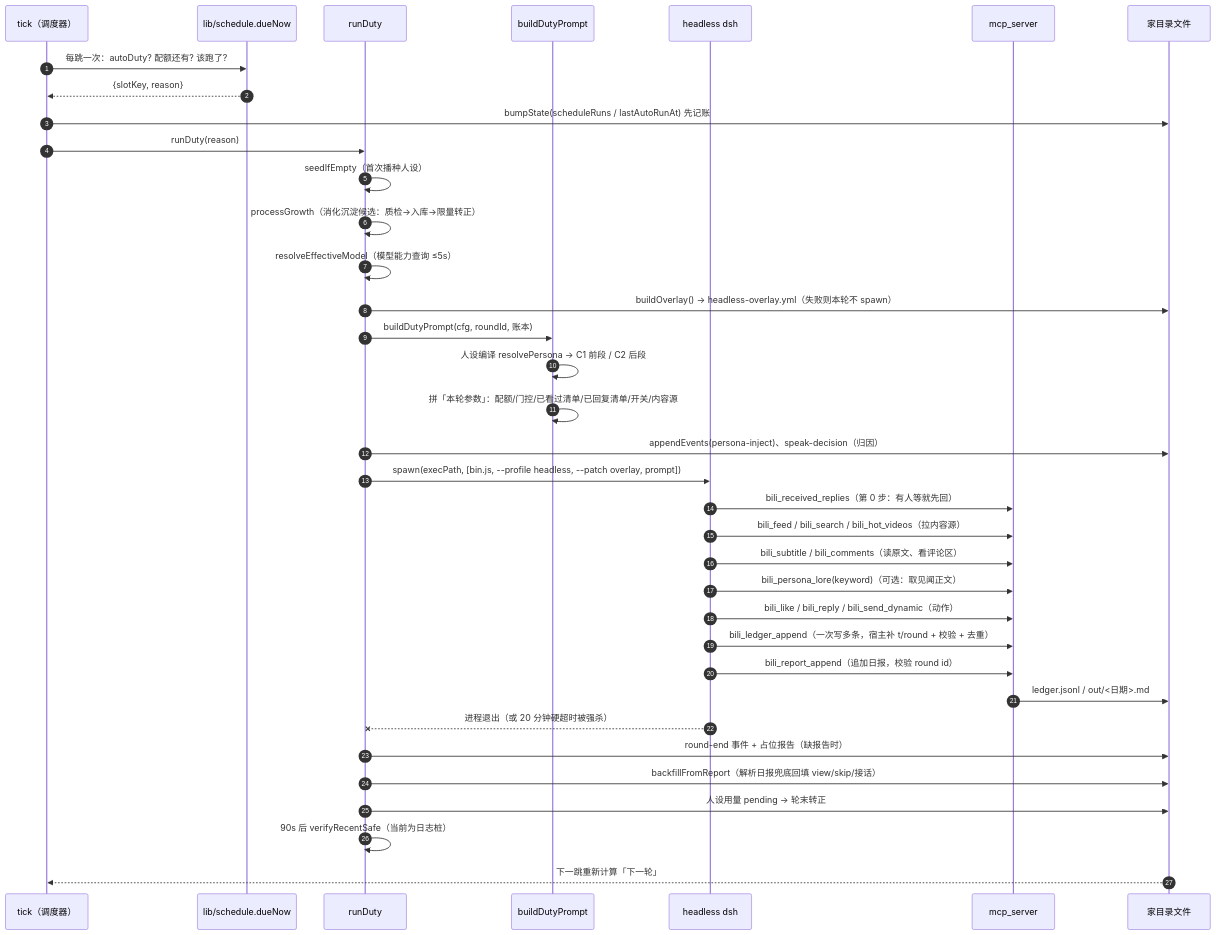
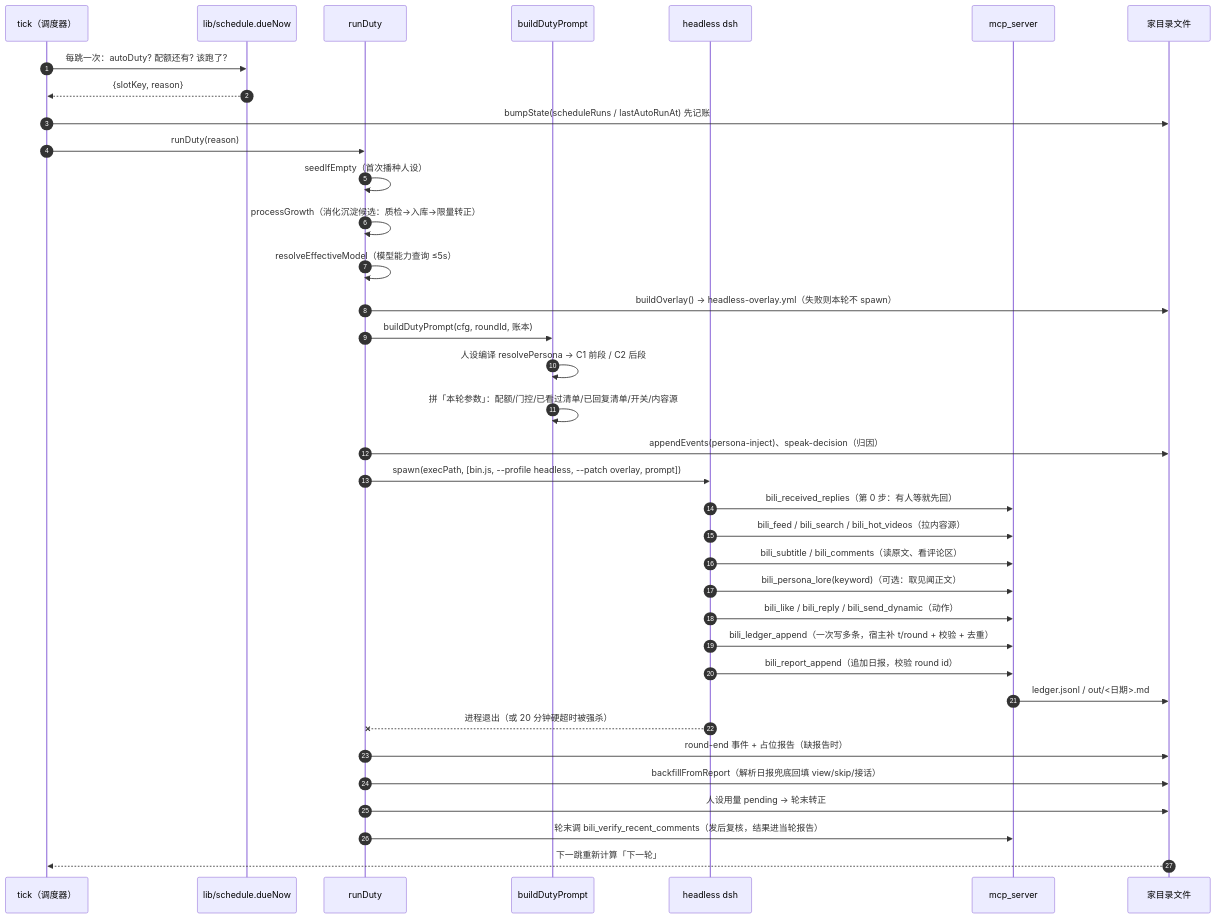
Before and after one commit to Yaemikoreal/BilibiliPlayer: the second of 5 diagrams in docs/ARCHITECTURE.md, drawn with Mermaid. The commit also changed other lines of this file and 6 other files, not shown here.

Commit message:
verify: 第3批发后复核——E1-E4实验定案免登录不可行，按方案B落地bili_verify_recent_comments(登录态核对/宽限窗/TTL)，删90s定时器与verifyRecentSafe死代码；实验结论与决策记录写回审计文档与白皮书

````diff
--- a/docs/ARCHITECTURE.md
+++ b/docs/ARCHITECTURE.md
@@ -178,42 +178,42 @@
 ```mermaid
 sequenceDiagram
     autonumber
     participant T as tick（调度器）
     participant S as lib/schedule.dueNow
     participant R as runDuty
     participant P as buildDutyPrompt
     participant D as headless dsh
     participant M as mcp_server
     participant F as 家目录文件
 
     T->>S: 每跳一次：autoDuty? 配额还有? 该跑了?
     S-->>T: {slotKey, reason}
     T->>F: bumpState(scheduleRuns / lastAutoRunAt) 先记账
     T->>R: runDuty(reason)
 
     R->>R: seedIfEmpty（首次播种人设）
     R->>R: processGrowth（消化沉淀候选：质检→入库→限量转正）
     R->>R: resolveEffectiveModel（模型能力查询 ≤5s）
     R->>F: buildOverlay() → headless-overlay.yml（失败则本轮不 spawn）
     R->>P: buildDutyPrompt(cfg, roundId, 账本)
     P->>P: 人设编译 resolvePersona → C1 前段 / C2 后段
     P->>P: 拼「本轮参数」：配额/门控/已看过清单/已回复清单/开关/内容源
     R->>F: appendEvents(persona-inject)、speak-decision（归因）
     R->>D: spawn(execPath, [bin.js, --profile headless, --patch overlay, prompt])
 
     D->>M: bili_received_replies（第 0 步：有人等就先回）
     D->>M: bili_feed / bili_search / bili_hot_videos（拉内容源）
     D->>M: bili_subtitle / bili_comments（读原文、看评论区）
     D->>M: bili_persona_lore(keyword)（可选：取见闻正文）
     D->>M: bili_like / bili_reply / bili_send_dynamic（动作）
     D->>M: bili_ledger_append（一次写多条，宿主补 t/round + 校验 + 去重）
     D->>M: bili_report_append（追加日报，校验 round id）
     M->>F: ledger.jsonl / out/<日期>.md
 
     D--xR: 进程退出（或 20 分钟硬超时被强杀）
     R->>F: round-end 事件 + 占位报告（缺报告时）
     R->>F: backfillFromReport（解析日报兜底回填 view/skip/接话）
     R->>F: 人设用量 pending → 轮末转正
-    R->>R: 90s 后 verifyRecentSafe（当前为日志桩）
+    R->>M: 轮末调 bili_verify_recent_comments（发后复核，结果进当轮报告）
     F-->>T: 下一跳重新计算「下一轮」
 ```
````
